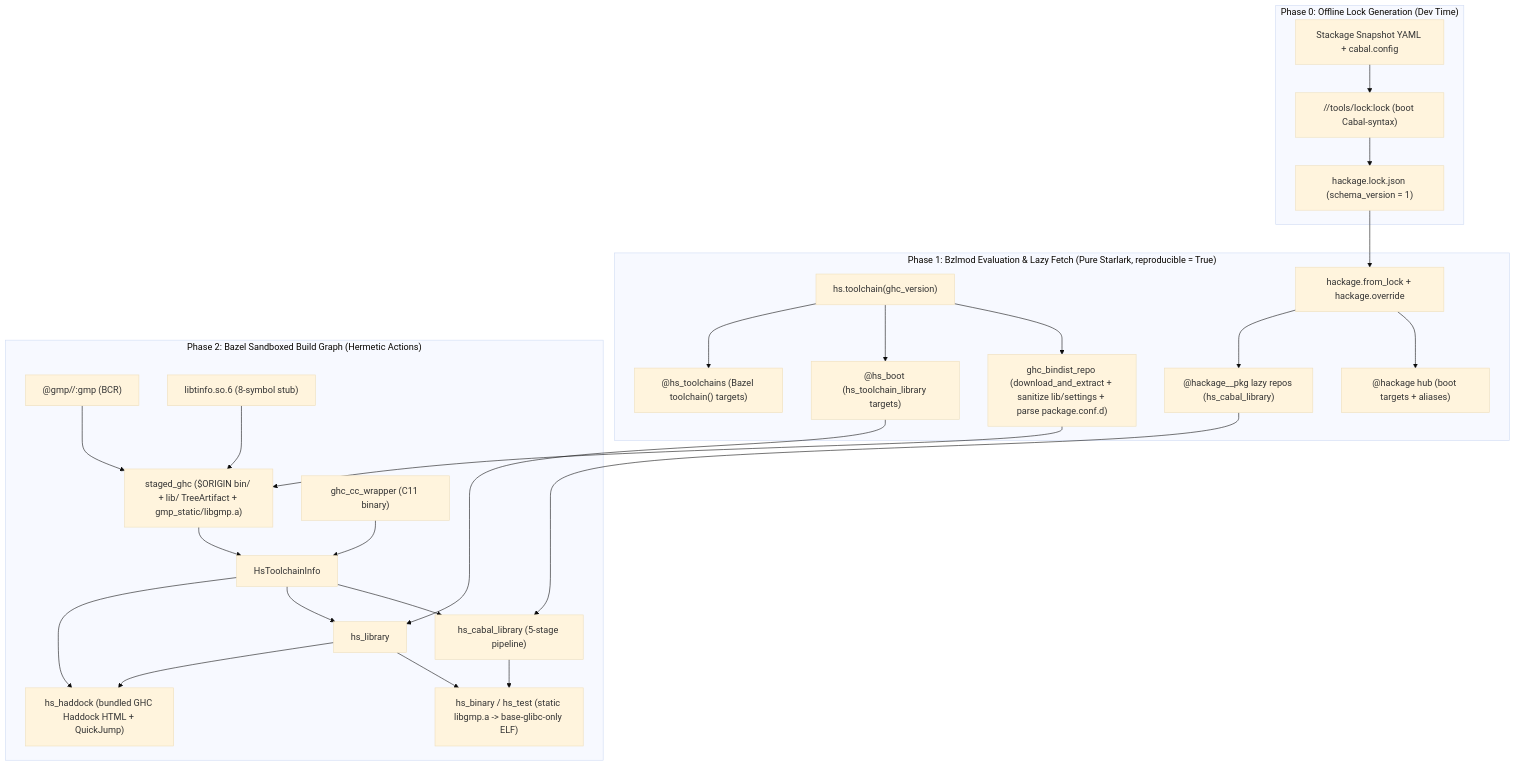
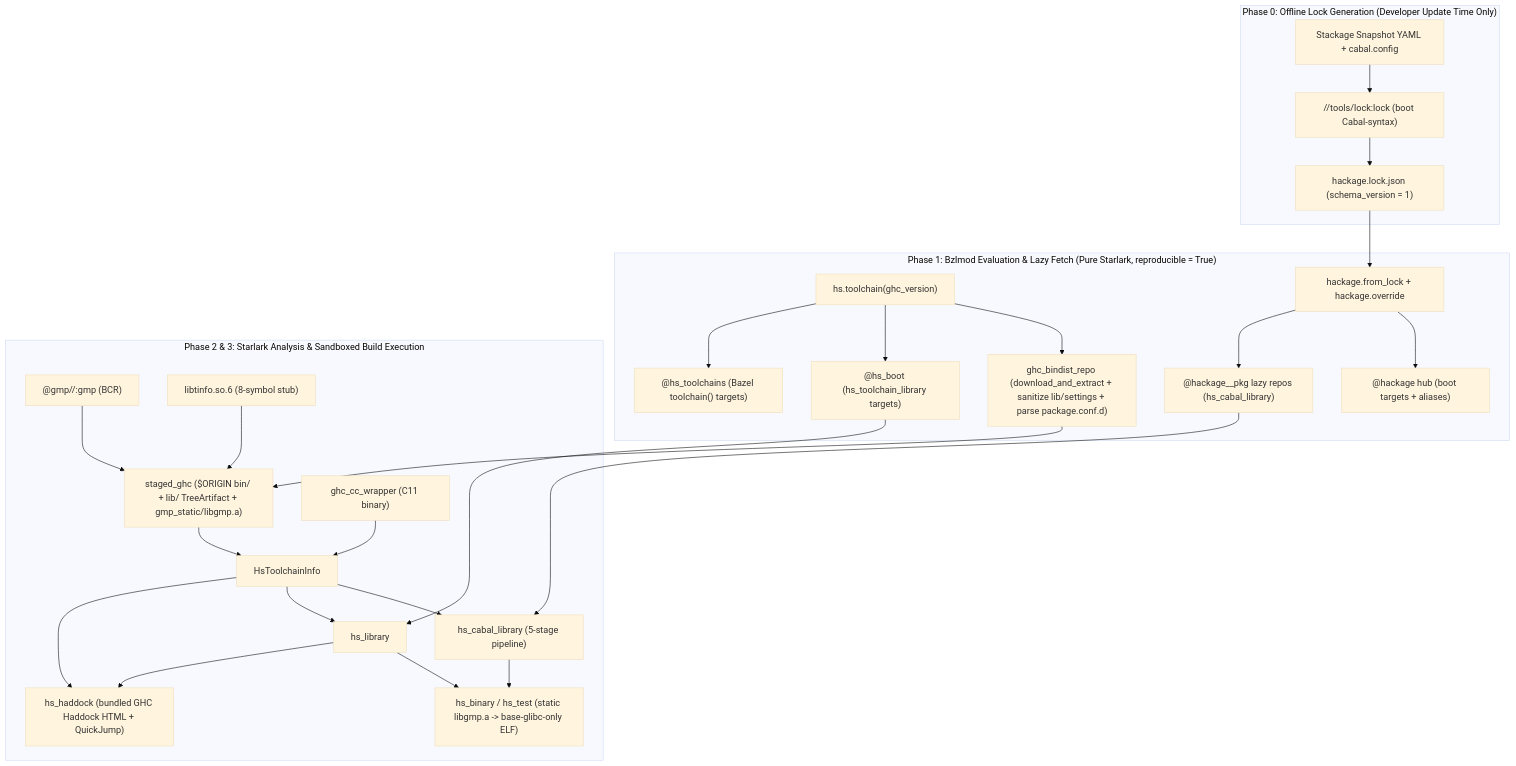
Before and after one commit to kaycebasques/hs: the diagram in docs/content/internals/overview.md, drawn with Mermaid (base theme). The commit also changed other lines of this file and 3 other files, not shown here.

Commit message:
docs(internals): add Bazel ruleset primer and enrich architecture/comparison/provider docs

````diff
--- a/docs/content/internals/overview.md
+++ b/docs/content/internals/overview.md
@@ -108,32 +116,32 @@
 ```mermaid
 flowchart TD
-    subgraph DevTime["Phase 0: Offline Lock Generation (Dev Time)"]
+    subgraph DevTime["Phase 0: Offline Lock Generation (Developer Update Time Only)"]
         SNAP["Stackage Snapshot YAML + cabal.config"] --> LOCKCLI["//tools/lock:lock (boot Cabal-syntax)"]
         LOCKCLI --> LOCKJSON["hackage.lock.json (schema_version = 1)"]
     end
 
     subgraph Bzlmod["Phase 1: Bzlmod Evaluation & Lazy Fetch (Pure Starlark, reproducible = True)"]
         EXTHS["hs.toolchain(ghc_version)"] --> BINDIST["ghc_bindist_repo (download_and_extract + sanitize lib/settings + parse package.conf.d)"]
         EXTHS --> HSBOOT["@hs_boot (hs_toolchain_library targets)"]
         EXTHS --> HSTC["@hs_toolchains (Bazel toolchain() targets)"]
         LOCKJSON --> EXTHACK["hackage.from_lock + hackage.override"]
         EXTHACK --> HUB["@hackage hub (boot targets + aliases)"]
         EXTHACK --> PKGREPO["@hackage__pkg lazy repos (hs_cabal_library)"]
     end
 
-    subgraph Build["Phase 2: Bazel Sandboxed Build Graph (Hermetic Actions)"]
+    subgraph Build["Phase 2 & 3: Starlark Analysis & Sandboxed Build Execution"]
         GMP["@gmp//:gmp (BCR)"] --> STAGE["staged_ghc ($ORIGIN bin/ + lib/ TreeArtifact + gmp_static/libgmp.a)"]
         TINFO["libtinfo.so.6 (8-symbol stub)"] --> STAGE
         BINDIST --> STAGE
         CCW["ghc_cc_wrapper (C11 binary)"] --> TC["HsToolchainInfo"]
         STAGE --> TC
         TC --> CABAL["hs_cabal_library (5-stage pipeline)"]
         TC --> HSLIB["hs_library"]
         PKGREPO --> CABAL
         HSBOOT --> HSLIB
         CABAL --> HSBIN["hs_binary / hs_test (static libgmp.a -> base-glibc-only ELF)"]
         HSLIB --> HSBIN
         TC --> HADDOCK["hs_haddock (bundled GHC Haddock HTML + QuickJump)"]
         HSLIB --> HADDOCK
     end
 ```
````
